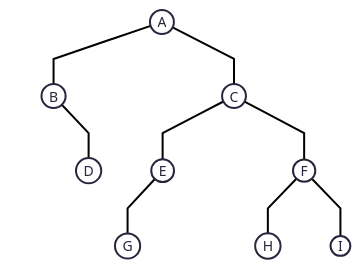
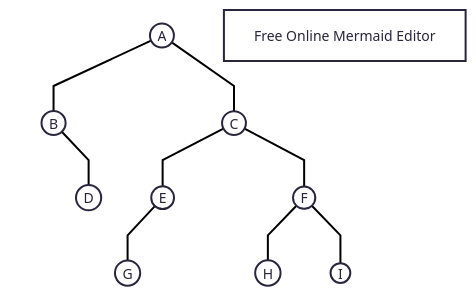
The second of 5 diagrams in docs/dataStructures/coursera/ucSanDiego/module01/section03trees/trees.md (sagarpatel288/kotlinDSAWithIntellijIdea), drawn with Mermaid before and after one commit. The commit also changed other lines of this file, not shown here.

Commit message:
docs: add Mermaid editor links to tree traversal diagrams

````diff
--- a/docs/dataStructures/coursera/ucSanDiego/module01/section03trees/trees.md
+++ b/docs/dataStructures/coursera/ucSanDiego/module01/section03trees/trees.md
@@ -633,22 +633,25 @@
 ```mermaid
 ---
 config:
   theme: redux
   flowchart:
     curve: linear
 ---
 flowchart TD
     A(("A")) --- B(("B")) & C(("C"))
     B --- n1(("<br>")):::invis
     B --- D(("D"))
     C --- E(("E")) & F(("F"))
     E --- G(("G"))
     E --- n6(("<br>")):::invis
     F --- H(("H"))
     F --- I(("I"))
     style n1 stroke:none
     style n6 stroke:none
     linkStyle 2 stroke:none,fill:none
     linkStyle 7 stroke:none,fill:none
     classDef invis opacity:0;
+
+    L[Free Online Mermaid Editor]
+    click L "https://mermaidchart.cello.so/zyYK3hSiX0M" "Online Mermaid Editor" _blank
 ```
````
